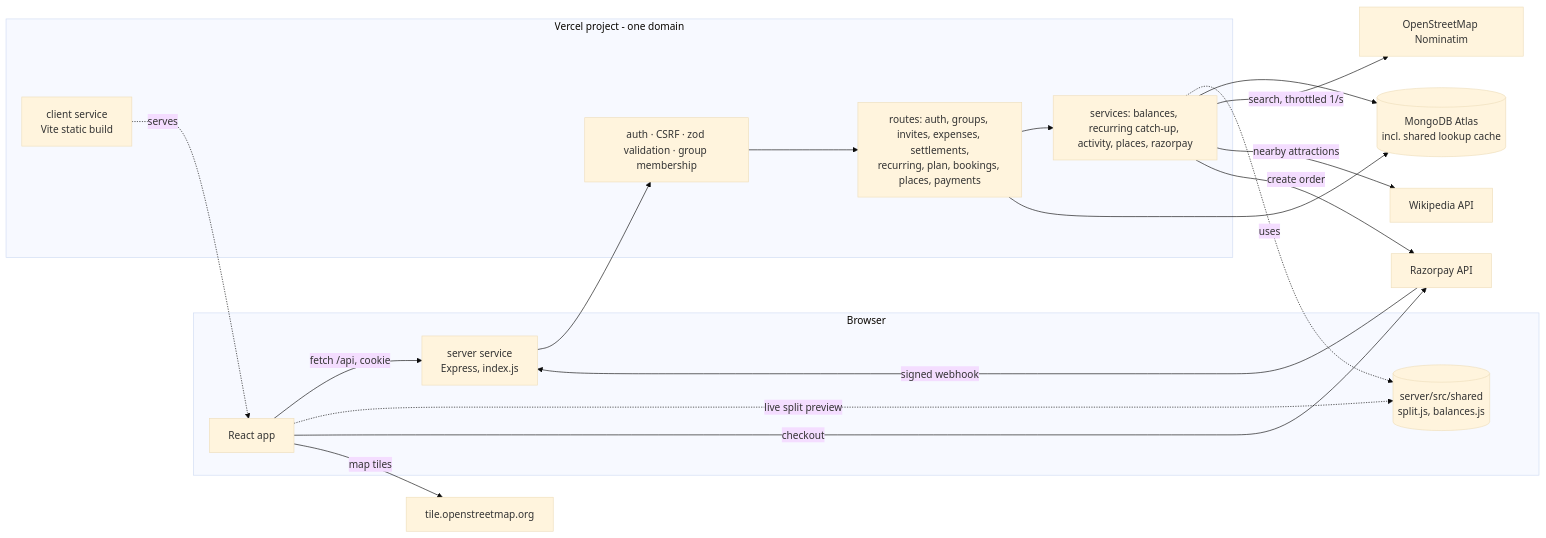
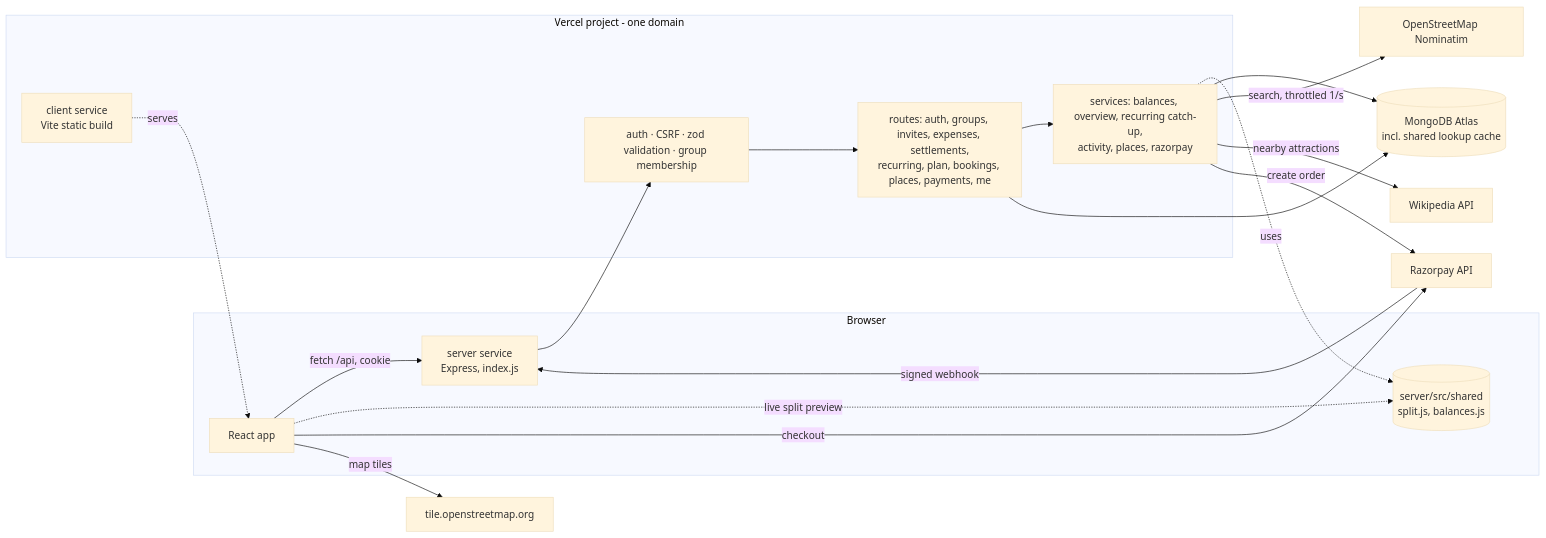
Before and after one commit to sanjyotbodhe/hisaab: the diagram in README.md, drawn with Mermaid (base theme). The commit also changed other lines of this file and 10 other files, not shown here.

````diff
--- a/README.md
+++ b/README.md
@@ -68,22 +70,22 @@
 ```mermaid
 flowchart LR
   subgraph Browser
     UI[React app] -->|fetch /api, cookie| API
     UI -. live split preview .-> SH[(server/src/shared<br/>split.js, balances.js)]
   end
   subgraph Vercel project - one domain
     CL[client service<br/>Vite static build] -.serves.-> UI
     API[server service<br/>Express, index.js] --> MW[auth · CSRF · zod validation · group membership]
-    MW --> R[routes: auth, groups, invites, expenses, settlements,<br/>recurring, plan, bookings, places, payments]
-    R --> S[services: balances, recurring catch-up, activity, places, razorpay]
+    MW --> R[routes: auth, groups, invites, expenses, settlements,<br/>recurring, plan, bookings, places, payments, me]
+    R --> S[services: balances, overview, recurring catch-up,<br/>activity, places, razorpay]
     S -.uses.-> SH
   end
   S --> DB[(MongoDB Atlas<br/>incl. shared lookup cache)]
   R --> DB
   S -->|search, throttled 1/s| OSM[OpenStreetMap Nominatim]
   S -->|nearby attractions| WIKI[Wikipedia API]
   S -->|create order| RZP[Razorpay API]
   UI -->|checkout| RZP
   RZP -->|signed webhook| API
   UI -->|map tiles| TILES[tile.openstreetmap.org]
 ```
````
